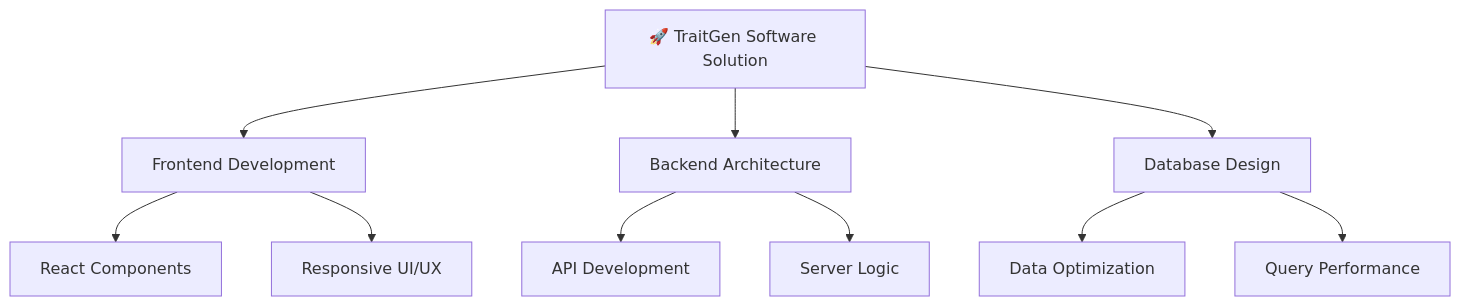
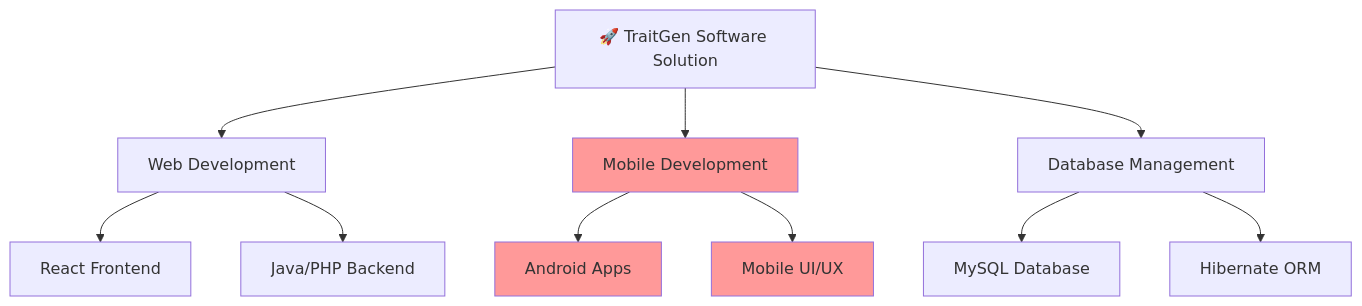
Before and after one commit to PasanSademina/Pasan: the diagram in README.md, drawn with Mermaid. The commit also changed other lines of this file, not shown here.

````diff
--- a/README.md
+++ b/README.md
@@ -100,12 +104,16 @@
 ```mermaid
 graph TD
-    A[🚀 TraitGen Software Solution] --> B[Frontend Development]
-    A --> C[Backend Architecture]
-    A --> D[Database Design]
-    B --> E[React Components]
-    B --> F[Responsive UI/UX]
-    C --> G[API Development]
-    C --> H[Server Logic]
-    D --> I[Data Optimization]
-    D --> J[Query Performance]
+    A[🚀 TraitGen Software Solution] --> B[Web Development]
+    A --> C[Mobile Development]
+    A --> D[Database Management]
+    B --> E[React Frontend]
+    B --> F[Java/PHP Backend]
+    C --> G[Android Apps]
+    C --> H[Mobile UI/UX]
+    D --> I[MySQL Database]
+    D --> J[Hibernate ORM]
+    
+    style C fill:#ff9999
+    style G fill:#ff9999
+    style H fill:#ff9999
 ```
````
